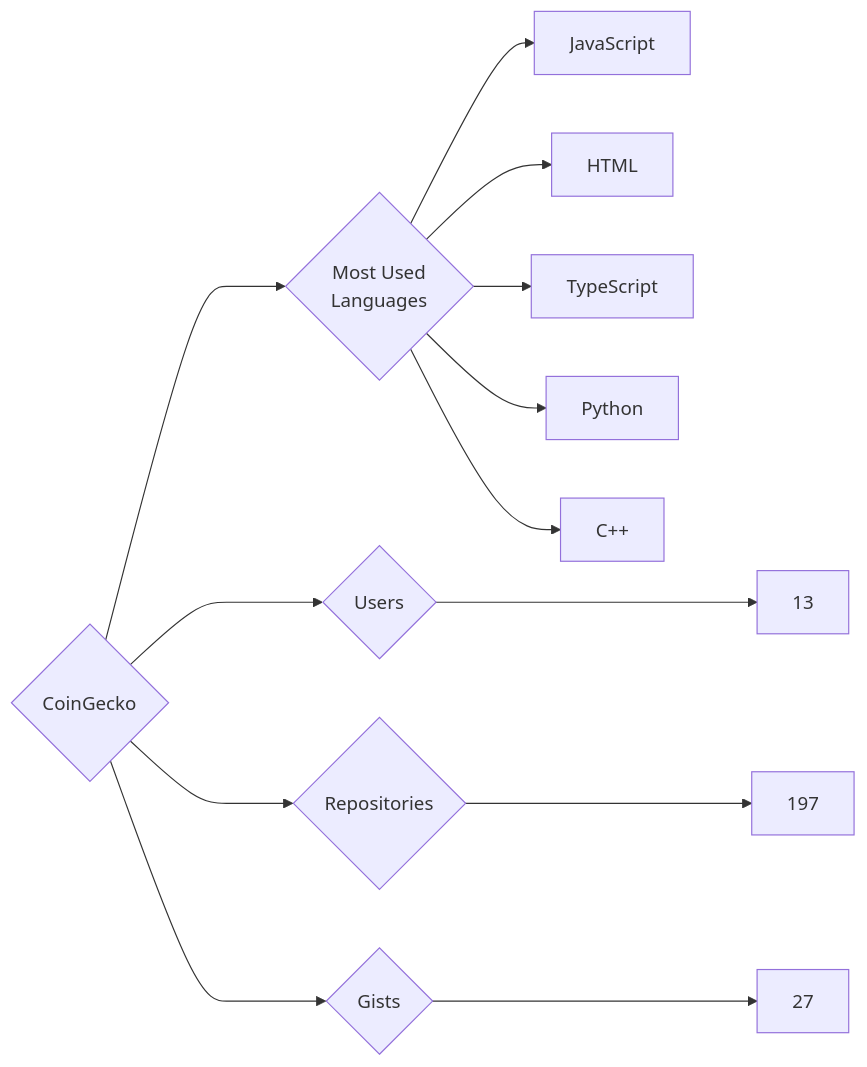
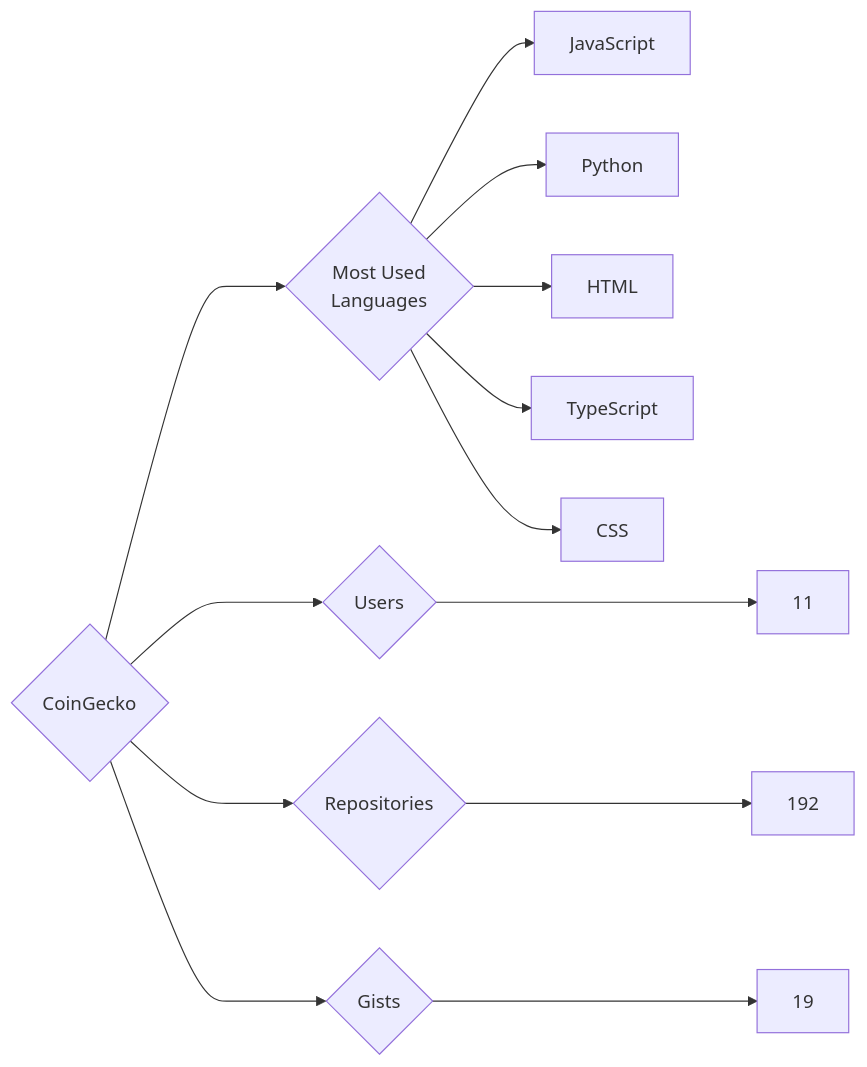
One commit to trickest/insiders changed the diagram in targets/CoinGecko/README.md. Above: the diagram before and after it, drawn with Mermaid. The commit also changed 1123 other files, not shown here.

````diff
--- a/targets/CoinGecko/README.md
+++ b/targets/CoinGecko/README.md
@@ -3,13 +3,13 @@
 ```mermaid
 graph LR
 COMPANY_NAME{CoinGecko}
-COMPANY_NAME ---> U{Users} ---> UN[13]
-COMPANY_NAME ---> R{Repositories} ---> RN[197]
-COMPANY_NAME ---> G{Gists} ---> GN[27]
+COMPANY_NAME ---> U{Users} ---> UN[11]
+COMPANY_NAME ---> R{Repositories} ---> RN[192]
+COMPANY_NAME ---> G{Gists} ---> GN[19]
 COMPANY_NAME ---> ML{Most Used<br>Languages}
 ML --> JavaScript[JavaScript]
+ML --> Python[Python]
 ML --> HTML[HTML]
 ML --> TypeScript[TypeScript]
-ML --> Python[Python]
-ML --> C++[C++]
+ML --> CSS[CSS]
 ```
````
